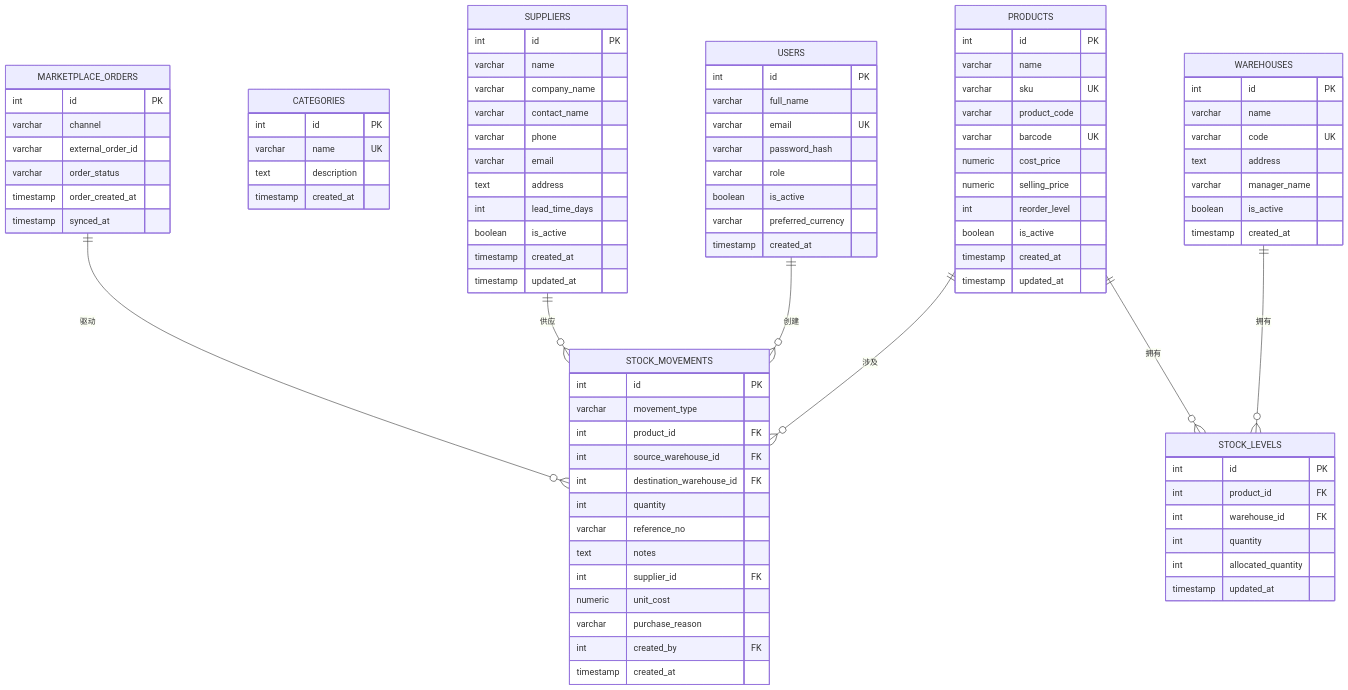
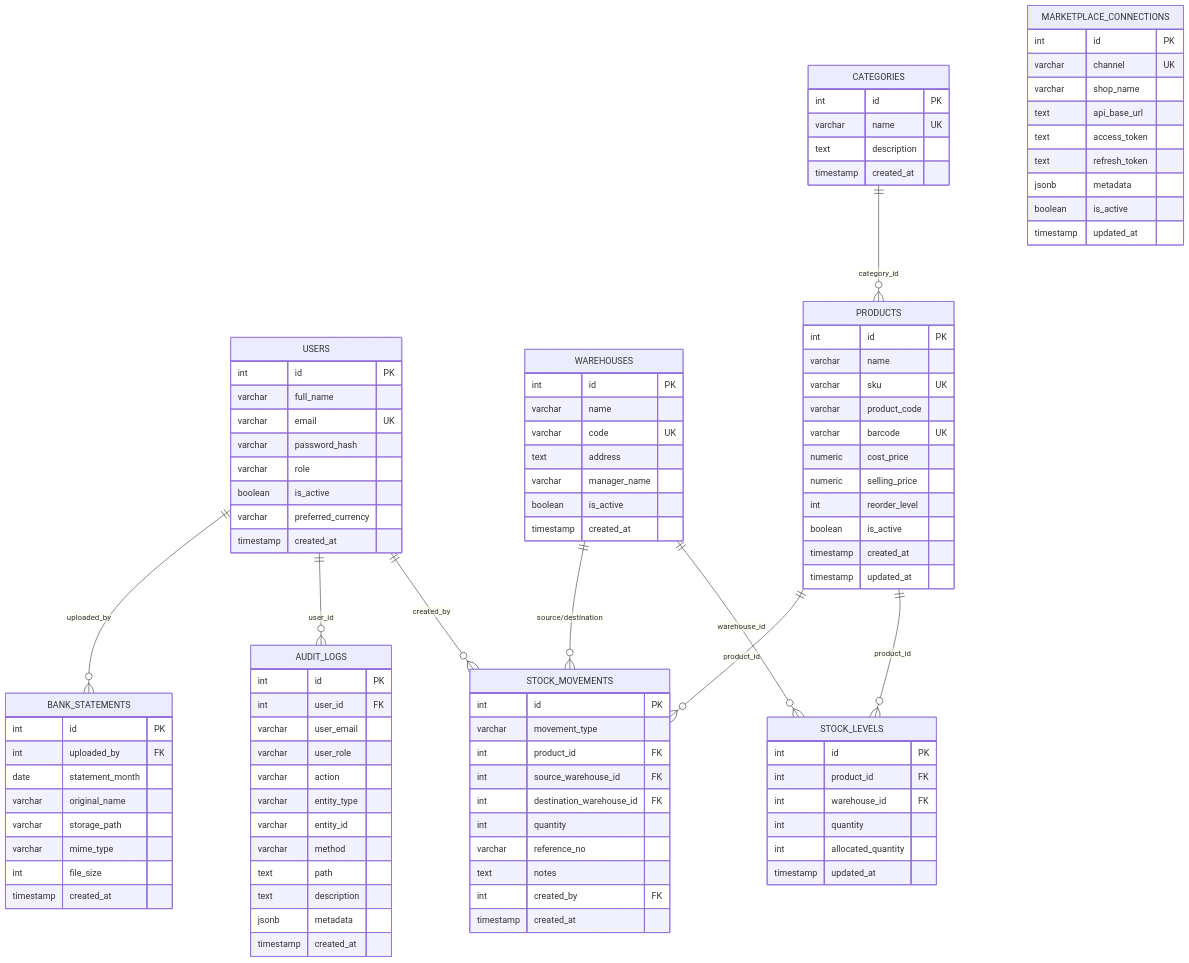
Before and after one commit to Juny09/inventory_system: the eighth of 8 diagrams in .qoder/repowiki/zh/content/项目概述.md, drawn with Mermaid. The commit also changed other lines of this file and 171 other files, not shown here.

````diff
--- a/.qoder/repowiki/zh/content/项目概述.md
+++ b/.qoder/repowiki/zh/content/项目概述.md
@@ -323,37 +401,50 @@
 int quantity
 varchar reference_no
 text notes
-int supplier_id FK
-numeric unit_cost
-varchar purchase_reason
 int created_by FK
 timestamp created_at
 }
-SUPPLIERS {
+AUDIT_LOGS {
 int id PK
-varchar name
-varchar company_name
-varchar contact_name
-varchar phone
-varchar email
-text address
-int lead_time_days
+int user_id FK
+varchar user_email
+varchar user_role
+varchar action
+varchar entity_type
+varchar entity_id
+varchar method
+text path
+text description
+jsonb metadata
+timestamp created_at
+}
+MARKETPLACE_CONNECTIONS {
+int id PK
+varchar channel UK
+varchar shop_name
+text api_base_url
+text access_token
+text refresh_token
+jsonb metadata
 boolean is_active
-timestamp created_at
 timestamp updated_at
 }
-MARKETPLACE_ORDERS {
+BANK_STATEMENTS {
 int id PK
-varchar channel
-varchar external_order_id
-varchar order_status
-timestamp order_created_at
-timestamp synced_at
+int uploaded_by FK
+date statement_month
+varchar original_name
+varchar storage_path
+varchar mime_type
+int file_size
+timestamp created_at
 }
-USERS ||--o{ STOCK_MOVEMENTS : "创建"
-PRODUCTS ||--o{ STOCK_LEVELS : "拥有"
-WAREHOUSES ||--o{ STOCK_LEVELS : "拥有"
-PRODUCTS ||--o{ STOCK_MOVEMENTS : "涉及"
-SUPPLIERS ||--o{ STOCK_MOVEMENTS : "供应"
-MARKETPLACE_ORDERS ||--o{ STOCK_MOVEMENTS : "驱动"
+USERS ||--o{ STOCK_MOVEMENTS : "created_by"
+CATEGORIES ||--o{ PRODUCTS : "category_id"
+WAREHOUSES ||--o{ STOCK_LEVELS : "warehouse_id"
+PRODUCTS ||--o{ STOCK_LEVELS : "product_id"
+PRODUCTS ||--o{ STOCK_MOVEMENTS : "product_id"
+WAREHOUSES ||--o{ STOCK_MOVEMENTS : "source/destination"
+USERS ||--o{ AUDIT_LOGS : "user_id"
+USERS ||--o{ BANK_STATEMENTS : "uploaded_by"
 ```
````
